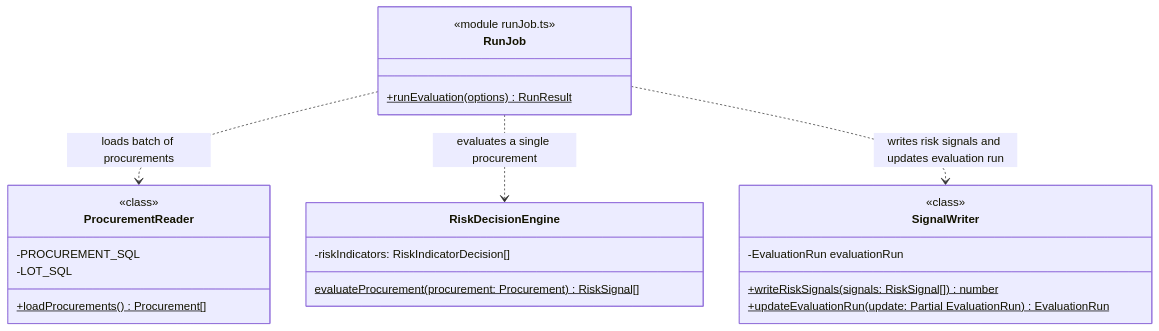
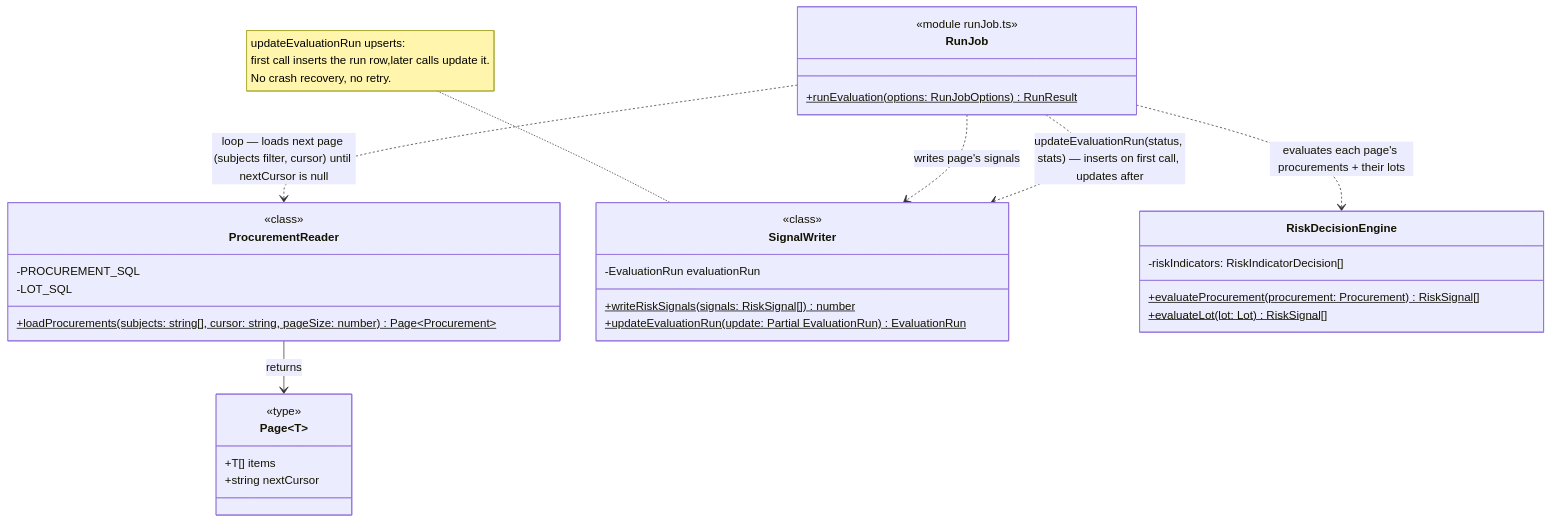
One commit to Viespirkiu-grupe/viespirkiai changed the second of 5 diagrams in docs/indicators-story/risk-service-architecture-v2.md. Above: the diagram before and after it, drawn with Mermaid.

Commit message:
arch update

````diff
--- a/docs/indicators-story/risk-service-architecture-v2.md
+++ b/docs/indicators-story/risk-service-architecture-v2.md
@@ -36,30 +36,42 @@
 ```mermaid
 classDiagram
     class ProcurementReader {
         <<class>>
         -PROCUREMENT_SQL
         -LOT_SQL
-        +loadProcurements()$ Procurement[]
+        +loadProcurements(subjects: string[], cursor: string, pageSize: number)$ Page~Procurement~
+    }
+
+    class Page~T~ {
+        <<type>>
+        +T[] items
+        +string nextCursor
     }
 
     class SignalWriter {
         <<class>>
         -EvaluationRun evaluationRun
         +writeRiskSignals(signals: RiskSignal[])$ number
         +updateEvaluationRun(update: Partial EvaluationRun)$ EvaluationRun
     }
+    note for SignalWriter "updateEvaluationRun upserts: 
+    first call inserts the run row,later calls update it. 
+    No crash recovery, no retry."
 
     class RunJob {
         <<module runJob.ts>>
-        +runEvaluation(options)$ RunResult
+        +runEvaluation(options: RunJobOptions)$ RunResult
     }
 
     class RiskDecisionEngine {
         -riskIndicators: RiskIndicatorDecision[]
-        evaluateProcurement(procurement: Procurement)$ RiskSignal[]
+        +evaluateProcurement(procurement: Procurement)$ RiskSignal[]
+        +evaluateLot(lot: Lot)$ RiskSignal[]
     }
 
-    RunJob ..> ProcurementReader : loads batch of procurements
-    RunJob ..> RiskDecisionEngine : evaluates a single procurement
-    RunJob ..> SignalWriter : writes risk signals and updates evaluation run
+    RunJob ..> ProcurementReader : loop — loads next page (subjects filter, cursor) until nextCursor is null
+    ProcurementReader --> Page : returns
+    RunJob ..> RiskDecisionEngine : evaluates each page's procurements + their lots
+    RunJob ..> SignalWriter : writes page's signals
+    RunJob ..> SignalWriter : updateEvaluationRun(status, stats) — inserts on first call, updates after
 ```
````
